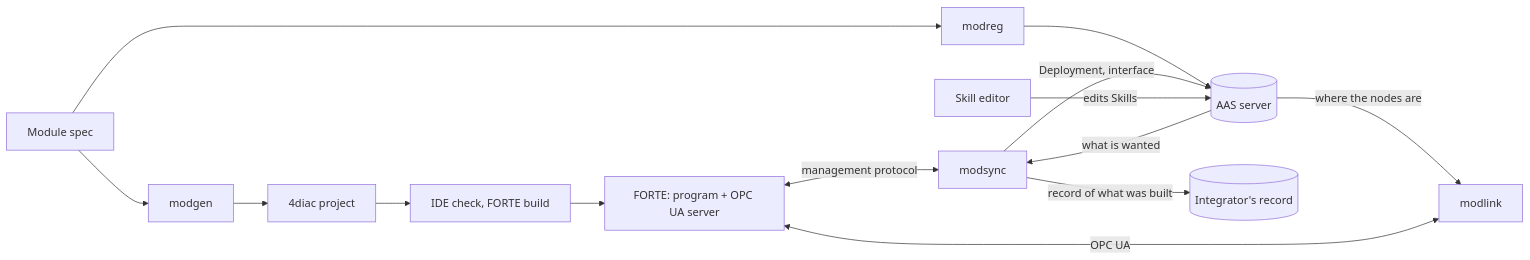
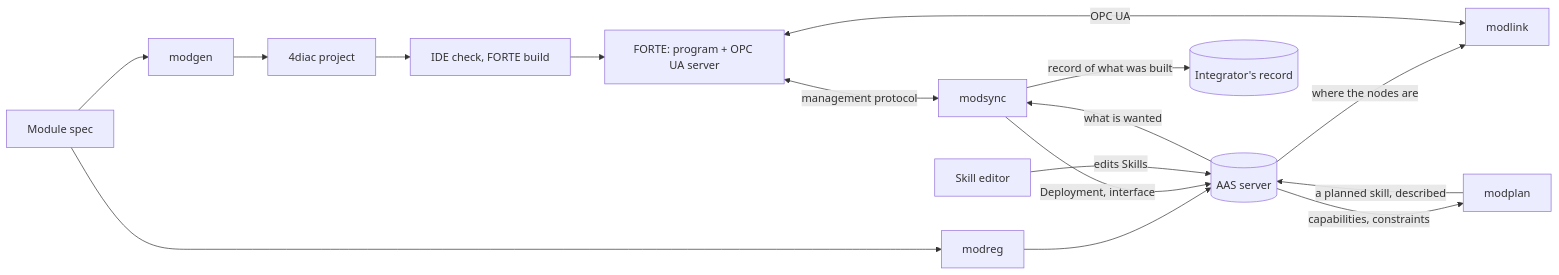
The diagram in docs/tools.md (AAUSmartProductionLab/iec61499-mgmt-py), drawn with Mermaid before and after one commit. The commit also changed other lines of this file and 1 other file, not shown here.

Commit message:
Docs: modplan in the tool guides (method, commands, measured times)

````diff
--- a/docs/tools.md
+++ b/docs/tools.md
@@ -40,13 +41,15 @@
 ```mermaid
 flowchart LR
     spec[Module spec] --> modgen --> project[4diac project] --> build[IDE check, FORTE build] --> forte
     spec --> modreg --> aas[(AAS server)]
     forte[FORTE: program + OPC UA server]
     aas -->|what is wanted| modsync
     forte <-->|management protocol| modsync
     modsync -->|Deployment, interface| aas
     modsync -->|record of what was built| record[(Integrator's record)]
     aas -->|where the nodes are| modlink
     modlink <-->|OPC UA| forte
     editor[Skill editor] -->|edits Skills| aas
+    aas -->|capabilities, constraints| modplan
+    modplan -->|a planned skill, described| aas
 ```
````
